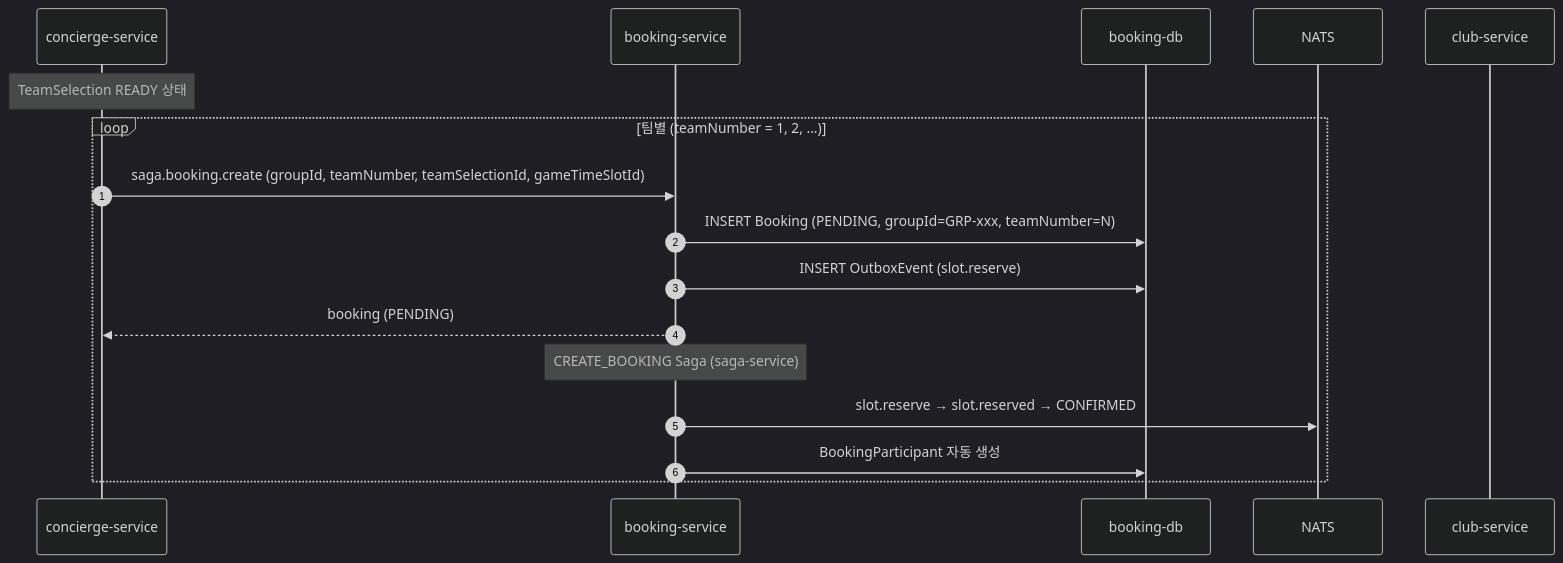
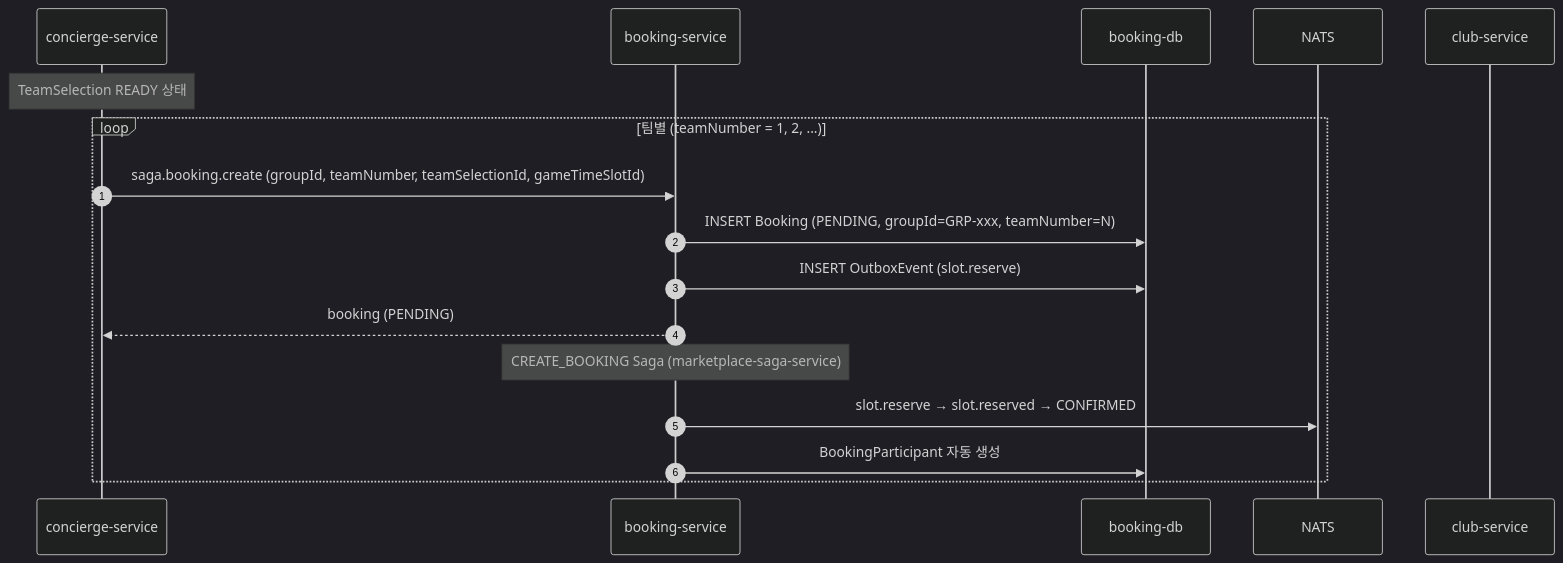
Diagram 13 of 15 in docs/workflow/booking.md (uniyous/parkgolf-platform), drawn with Mermaid (dark theme) before and after one commit. The commit also changed other lines of this file and 70 other files, not shown here.

First line of the commit message:
refactor(saga): saga-service → marketplace-saga-service 리네임 (UNI-127)

````diff
--- a/docs/workflow/booking.md
+++ b/docs/workflow/booking.md
@@ -895,22 +895,22 @@
 ```mermaid
 sequenceDiagram
     autonumber
     participant Agent as concierge-service
     participant BS as booking-service
     participant DB as booking-db
     participant NATS as NATS
     participant CS as club-service
 
     Note over Agent: TeamSelection READY 상태
 
     loop 팀별 (teamNumber = 1, 2, ...)
         Agent->>BS: saga.booking.create (groupId, teamNumber, teamSelectionId, gameTimeSlotId)
         BS->>DB: INSERT Booking (PENDING, groupId=GRP-xxx, teamNumber=N)
         BS->>DB: INSERT OutboxEvent (slot.reserve)
         BS-->>Agent: booking (PENDING)
 
-        Note over BS: CREATE_BOOKING Saga (saga-service)
+        Note over BS: CREATE_BOOKING Saga (marketplace-saga-service)
         BS->>NATS: slot.reserve → slot.reserved → CONFIRMED
         BS->>DB: BookingParticipant 자동 생성
     end
 ```
````
